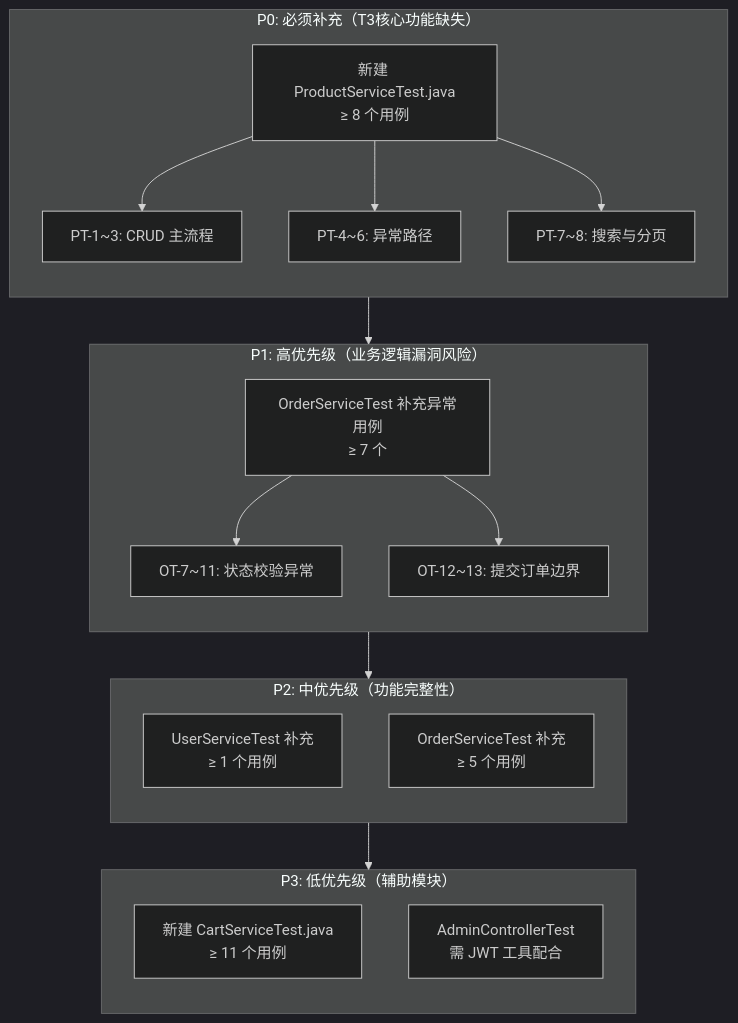
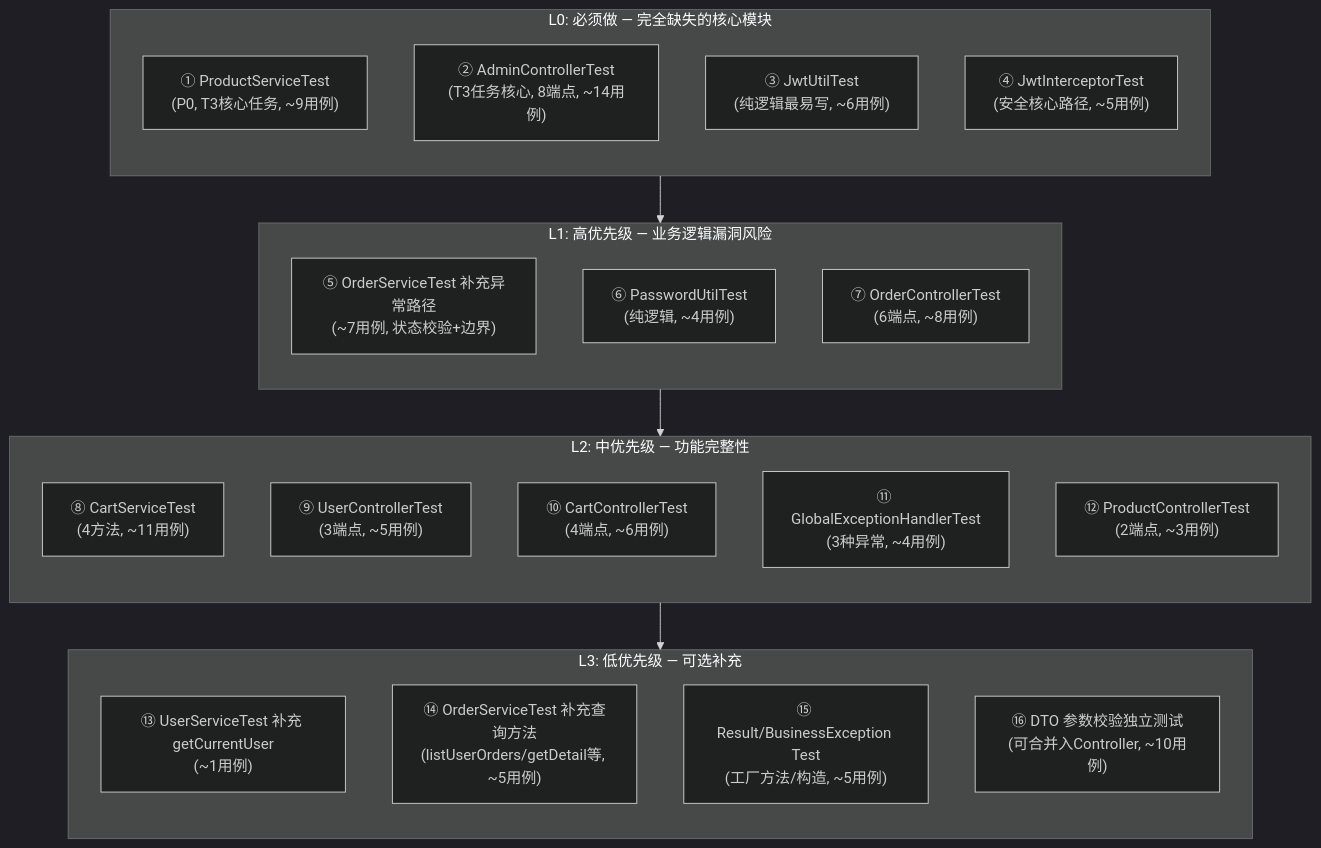
One commit to jsjjdhj/online-shop-mvp changed the diagram in docs/测试文档/测试报告/T3-单元测试缺失报告.md. Above: the diagram before and after it, drawn with Mermaid (dark theme). The commit also changed other lines of this file and 2 other files, not shown here.

````diff
--- a/docs/测试文档/测试报告/T3-单元测试缺失报告.md
+++ b/docs/测试文档/测试报告/T3-单元测试缺失报告.md
@@ -190,31 +416,36 @@
 ```mermaid
 flowchart TB
-    subgraph P0["P0: 必须补充（T3核心功能缺失）"]
+    subgraph L0["L0: 必须做 — 完全缺失的核心模块"]
         direction TB
-        A1["新建 ProductServiceTest.java\n≥ 8 个用例"]
-        A1 --> A1a["PT-1~3: CRUD 主流程"]
-        A1 --> A1b["PT-4~6: 异常路径"]
-        A1 --> A1c["PT-7~8: 搜索与分页"]
+        L0A["① ProductServiceTest\n(P0, T3核心任务, ~9用例)"]
+        L0B["② AdminControllerTest\n(T3任务核心, 8端点, ~14用例)"]
+        L0C["③ JwtUtilTest\n(纯逻辑最易写, ~6用例)"]
+        L0D["④ JwtInterceptorTest\n(安全核心路径, ~5用例)"]
     end
 
-    subgraph P1["P1: 高优先级（业务逻辑漏洞风险）"]
+    subgraph L1["L1: 高优先级 — 业务逻辑漏洞风险"]
         direction TB
-        B1["OrderServiceTest 补充异常用例\n≥ 7 个"]
-        B1 --> B1a["OT-7~11: 状态校验异常"]
-        B1 --> B1b["OT-12~13: 提交订单边界"]
+        L1A["⑤ OrderServiceTest 补充异常路径\n(~7用例, 状态校验+边界)"]
+        L1B["⑥ PasswordUtilTest\n(纯逻辑, ~4用例)"]
+        L1C["⑦ OrderControllerTest\n(6端点, ~8用例)"]
     end
 
-    subgraph P2["P2: 中优先级（功能完整性）"]
+    subgraph L2["L2: 中优先级 — 功能完整性"]
         direction TB
-        C1["UserServiceTest 补充\n≥ 1 个用例"]
-        C2["OrderServiceTest 补充\n≥ 5 个用例"]
+        L2A["⑧ CartServiceTest\n(4方法, ~11用例)"]
+        L2B["⑨ UserControllerTest\n(3端点, ~5用例)"]
+        L2C["⑩ CartControllerTest\n(4端点, ~6用例)"]
+        L2D["⑪ GlobalExceptionHandlerTest\n(3种异常, ~4用例)"]
+        L2E["⑫ ProductControllerTest\n(2端点, ~3用例)"]
     end
 
-    subgraph P3["P3: 低优先级（辅助模块）"]
+    subgraph L3["L3: 低优先级 — 可选补充"]
         direction TB
-        D1["新建 CartServiceTest.java\n≥ 11 个用例"]
-        D2["AdminControllerTest\n需 JWT 工具配合"]
+        L3A["⑬ UserServiceTest 补充 getCurrentUser\n(~1用例)"]
+        L3B["⑭ OrderServiceTest 补充查询方法\n(listUserOrders/getDetail等, ~5用例)"]
+        L3C["⑮ Result/BusinessException Test\n(工厂方法/构造, ~5用例)"]
+        L3D["⑯ DTO 参数校验独立测试\n(可合并入Controller, ~10用例)"]
     end
 
-    P0 --> P1 --> P2 --> P3
+    L0 --> L1 --> L2 --> L3
 ```
````
